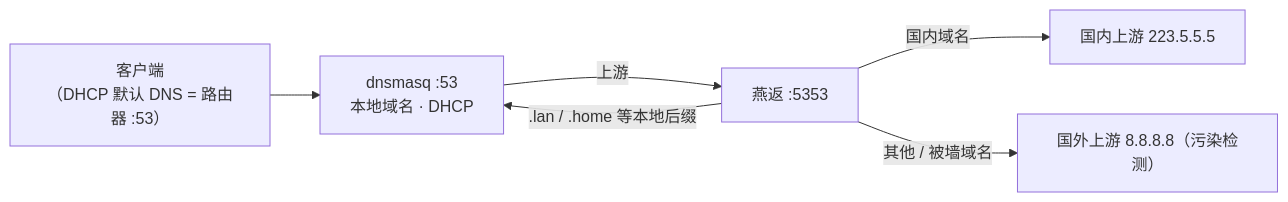
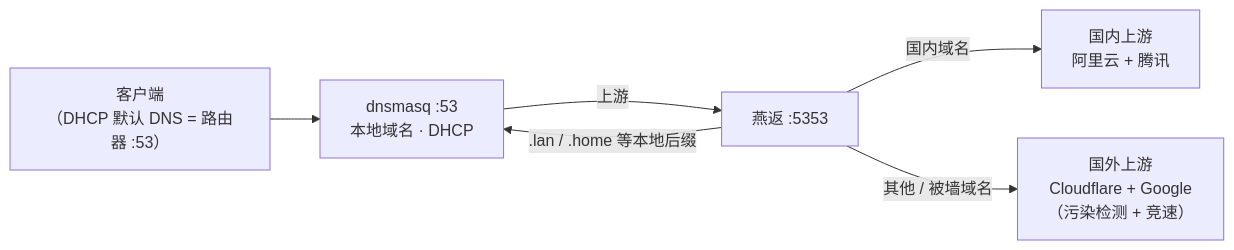
Before and after one commit to hrimfaxi/tsubamegaeshi-rs: the first of 4 diagrams in README.md, drawn with Mermaid. The commit also changed other lines of this file and 11 other files, not shown here.

````diff
--- a/README.md
+++ b/README.md
@@ -98,8 +119,8 @@
 ```mermaid
 flowchart LR
     CL["客户端<br/>（DHCP 默认 DNS = 路由器 :53）"] --> DM["dnsmasq :53<br/>本地域名 · DHCP"]
     DM -->|"上游"| TS["燕返 :5353"]
     TS -->|".lan / .home 等本地后缀"| DM
-    TS -->|"国内域名"| CN["国内上游 223.5.5.5"]
-    TS -->|"其他 / 被墙域名"| FW["国外上游 8.8.8.8（污染检测）"]
+    TS -->|"国内域名"| CN["国内上游<br/>阿里云 + 腾讯"]
+    TS -->|"其他 / 被墙域名"| FW["国外上游<br/>Cloudflare + Google<br/>（污染检测 + 竞速）"]
 ```
````
